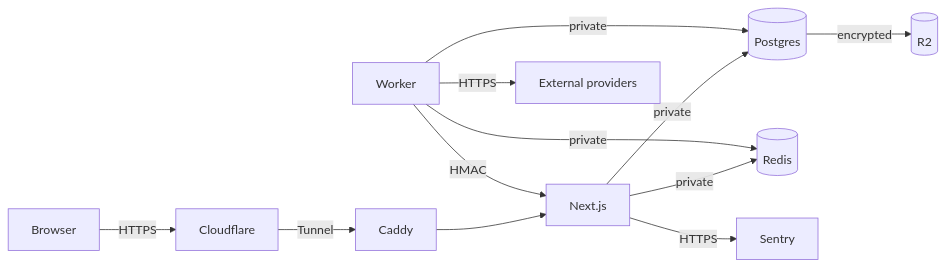
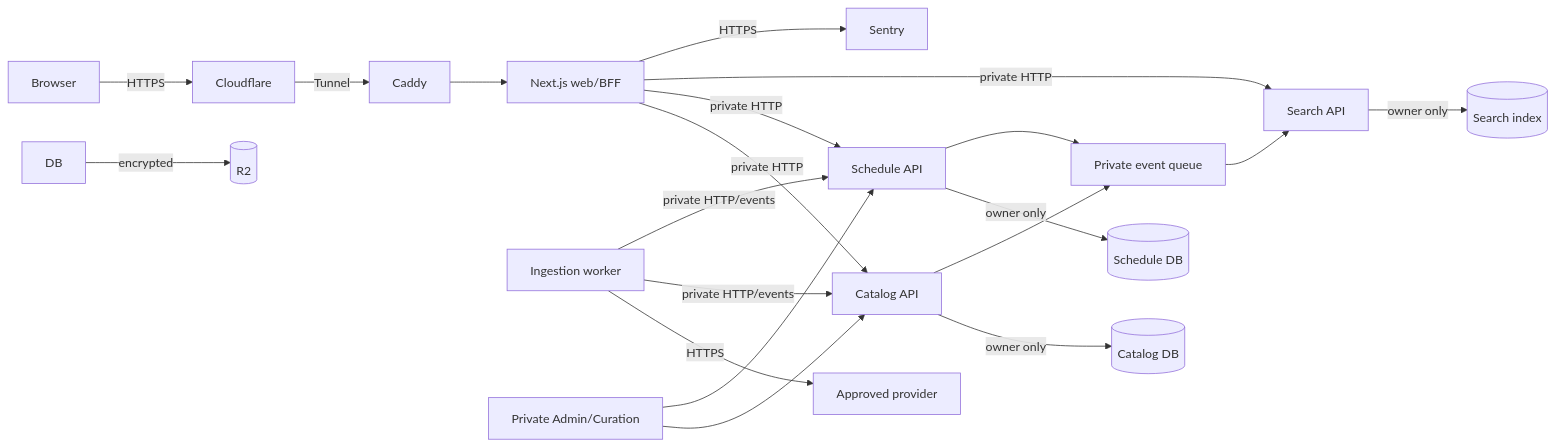
Before and after one commit to yepikazo/nimelist: the diagram in docs/plan/09-security-legal.md, drawn with Mermaid. The commit also changed other lines of this file and 42 other files, not shown here.

````diff
--- a/docs/plan/09-security-legal.md
+++ b/docs/plan/09-security-legal.md
@@ -41,14 +41,22 @@
 ```mermaid
 flowchart LR
   B[Browser] -->|HTTPS| CF[Cloudflare]
   CF -->|Tunnel| CAD[Caddy]
-  CAD --> WEB[Next.js]
-  WEB -->|private| DB[(Postgres)]
-  WEB -->|private| REDIS[(Redis)]
-  WK[Worker] -->|private| DB
-  WK -->|private| REDIS
-  WK -->|HTTPS| EXT[External providers]
-  WK -->|HMAC| WEB
+  CAD --> WEB[Next.js web/BFF]
+  WEB -->|private HTTP| CAT[Catalog API]
+  WEB -->|private HTTP| SCH[Schedule API]
+  WEB -->|private HTTP| SEA[Search API]
+  CAT -->|owner only| CDB[(Catalog DB)]
+  SCH -->|owner only| SDB[(Schedule DB)]
+  SEA -->|owner only| IDX[(Search index)]
+  ING[Ingestion worker] -->|HTTPS| EXT[Approved provider]
+  ING -->|private HTTP/events| CAT
+  ING -->|private HTTP/events| SCH
+  CAT --> Q[Private event queue]
+  SCH --> Q
+  Q --> SEA
+  ADM[Private Admin/Curation] --> CAT
+  ADM --> SCH
   WEB -->|HTTPS| SENTRY[Sentry]
   DB -->|encrypted| R2[(R2)]
 ```
````
